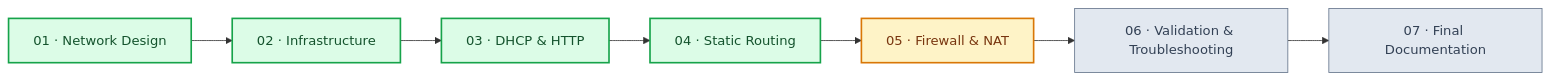
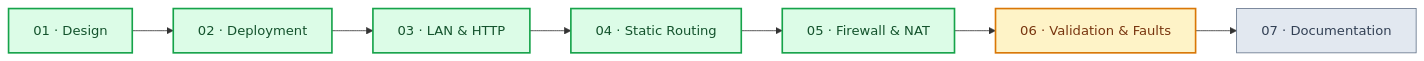
One commit to DrBham/Small-Office-Multi-Site-Network-Deployment changed the diagram in README.md. Above: the diagram before and after it, drawn with Mermaid. The commit also changed other lines of this file, not shown here.

Commit message:
Update README layout and advance roadmap to phase 5/6

````diff
--- a/README.md
+++ b/README.md
@@ -82,15 +76,15 @@
 ```mermaid
 flowchart LR
-    P1["01 · Network Design"] --> P2["02 · Infrastructure"]
-    P2 --> P3["03 · DHCP & HTTP"]
+    P1["01 · Design"] --> P2["02 · Deployment"]
+    P2 --> P3["03 · LAN & HTTP"]
     P3 --> P4["04 · Static Routing"]
     P4 --> P5["05 · Firewall & NAT"]
-    P5 --> P6["06 · Validation & Troubleshooting"]
-    P6 --> P7["07 · Final Documentation"]
-    classDef complete fill:#dcfce7,stroke:#16a34a,color:#14532d,stroke-width:2px;
-    classDef pending fill:#fef3c7,stroke:#d97706,color:#78350f,stroke-width:2px;
+    P5 --> P6["06 · Validation & Faults"]
+    P6 --> P7["07 · Documentation"]
+    classDef done fill:#dcfce7,stroke:#16a34a,color:#14532d,stroke-width:2px;
+    classDef wip fill:#fef3c7,stroke:#d97706,color:#78350f,stroke-width:2px;
     classDef planned fill:#e2e8f0,stroke:#64748b,color:#334155;
-    class P1,P2,P3,P4 complete;
-    class P5 pending;
-    class P6,P7 planned;
+    class P1,P2,P3,P4,P5 done;
+    class P6 wip;
+    class P7 planned;
 ```
````
